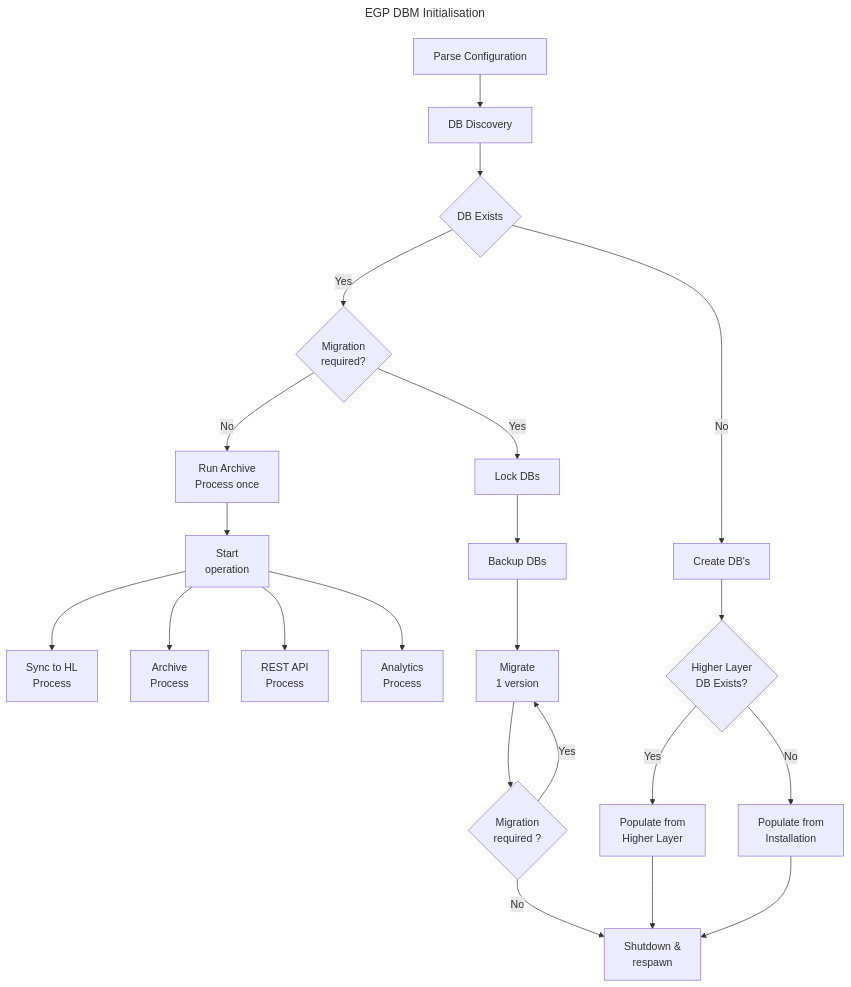
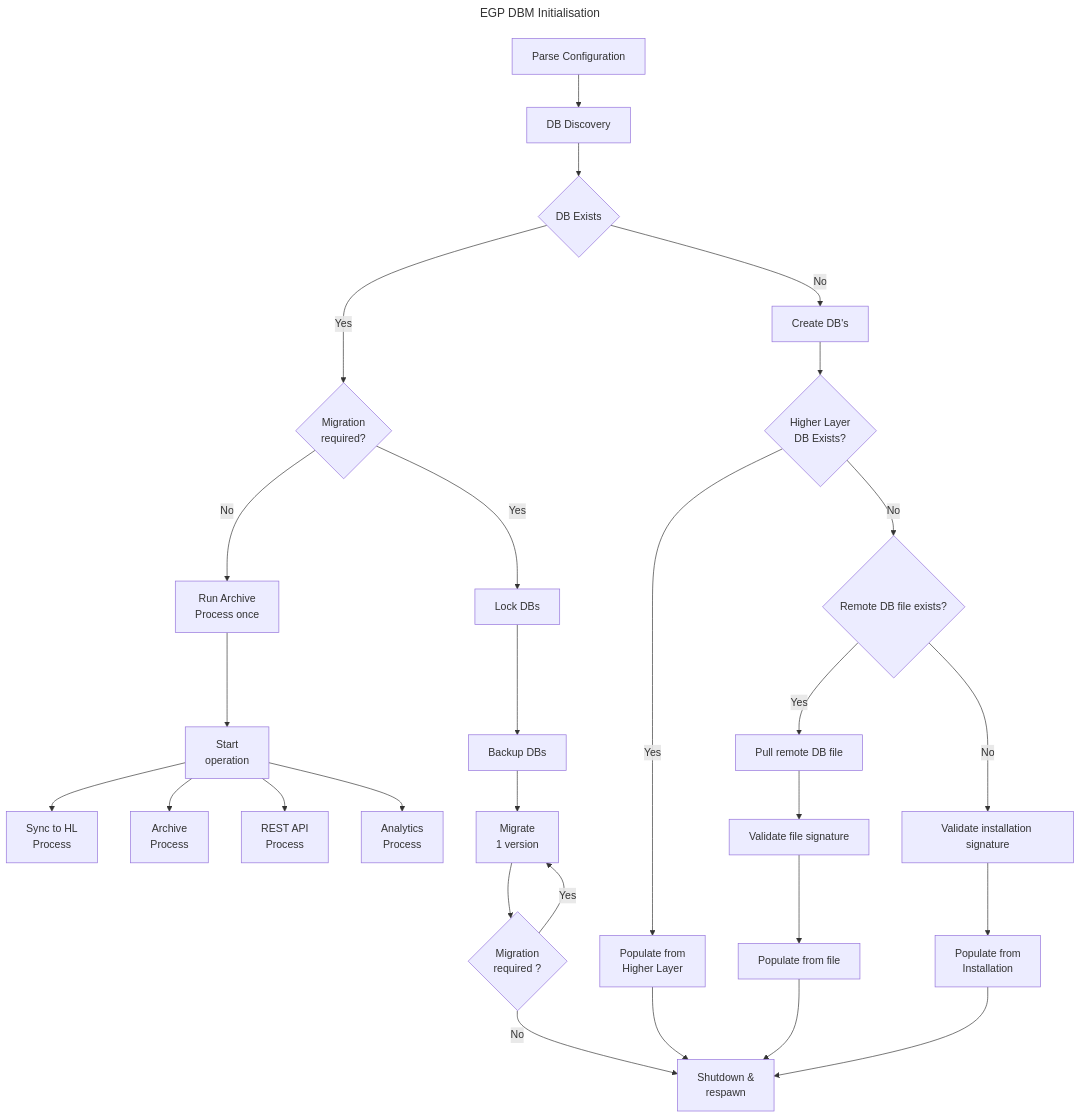
Before and after one commit to Shapedsundew9/erasmus-gp: the second of 3 diagrams in egpdbmgr/docs/sw_architecture.md, drawn with Mermaid. The commit also changed 22 other files, not shown here.

````diff
--- a/egpdbmgr/docs/sw_architecture.md
+++ b/egpdbmgr/docs/sw_architecture.md
@@ -30,61 +30,73 @@
 ```mermaid
 ---
 title: EGP DBM Initialisation
 ---
 flowchart TD
     init1[Parse Configuration]
     init2[DB Discovery]
     init3{DB Exists}
     crt1[Create DB's]
     crt2{Higher Layer
         DB Exists?}
     crt3[Populate from
         Higher Layer]
-    crt4[Populate from
+    crt4{Remote DB file exists?}
+    crt5[Pull remote DB file]
+    crt6[Validate file signature]
+    crt7[Populate from file]
+    crt8[Validate installation signature]
+    crt9[Populate from
         Installation]
     init4{Migration
         required?}
     init5[Run Archive
         Process once]
     init6[Lock DBs]
     init7[Backup DBs]
     init8[Migrate
         1 version]
     init9{Migration
         required ?}
     init10[Start
         operation]
     end1[Shutdown &
         respawn]
     st1[Sync to HL
         Process]
     st2[Archive
         Process]
     st3[REST API
         Process]
     st4[Analytics
         Process]
 
     init1 --> init2
     init2 --> init3
     init3 --> |Yes|init4
     init3 --> |No|crt1
     init4 --> |No|init5
     init5 --> init10
     init4 --> |Yes|init6
     init6 --> init7
     init7 --> init8
     init8 --> init9
     init9 --> |Yes|init8
     init9 --> |No|end1
     init10 --> st1
     init10 --> st2
     init10 --> st3
     init10 --> st4
 
     crt1 --> crt2
     crt2 --> |Yes|crt3
     crt2 --> |No|crt4
     crt3 --> end1
-    crt4 --> end1
+    crt4 --> |Yes|crt5
+    crt4 --> |No|crt8
+    crt5 --> crt6
+    crt6 --> crt7
+    crt7 --> end1
+    crt8 --> crt9
+    crt9 --> end1
+
 ```
````
